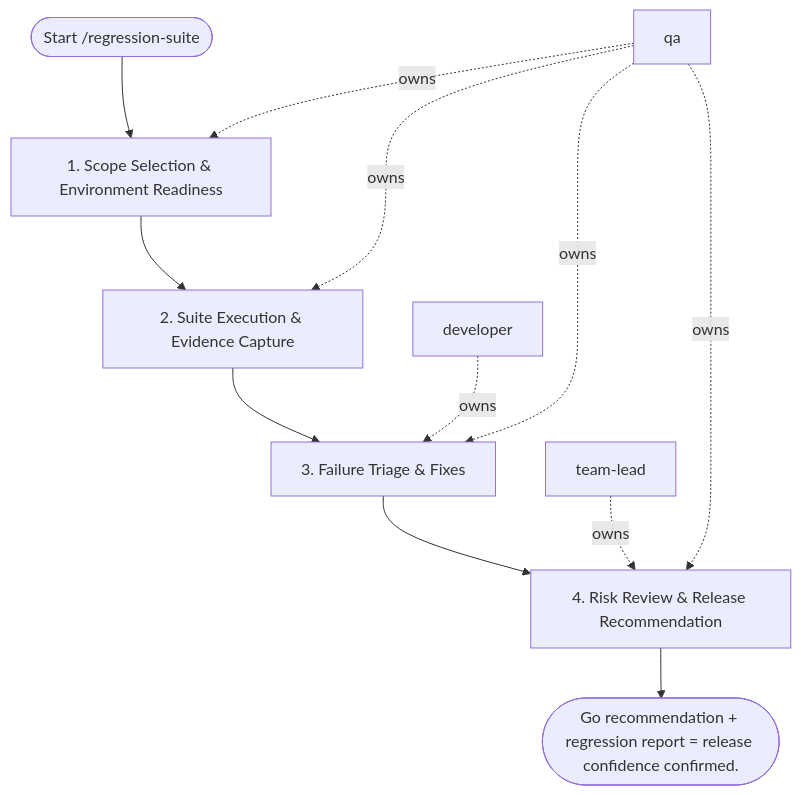
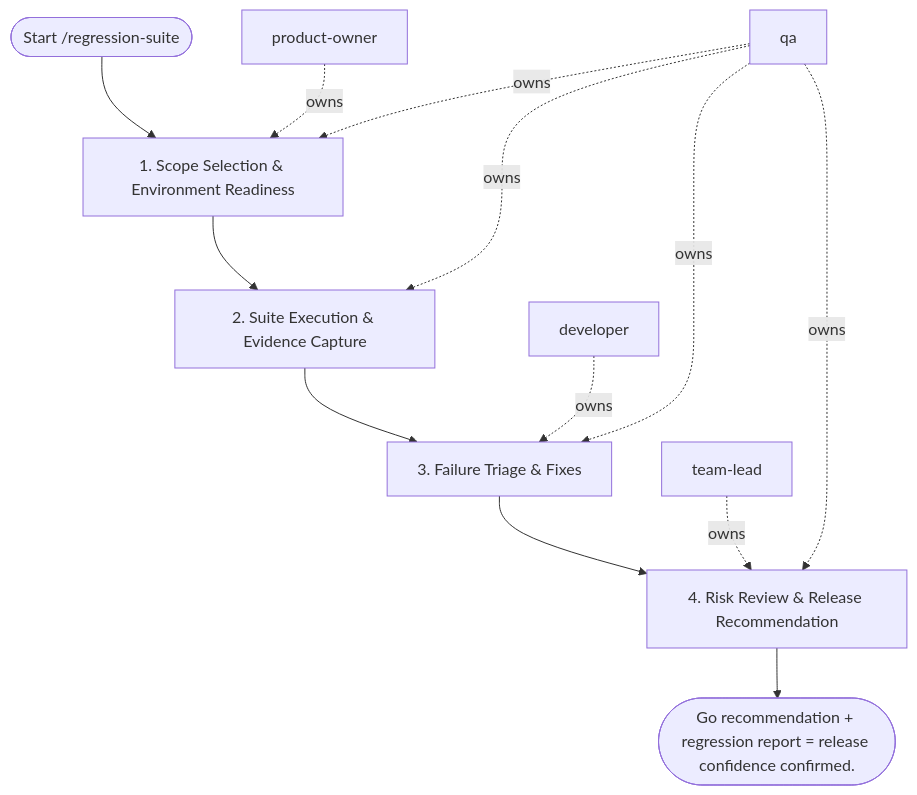
The diagram in areas/software/qa/workflows/regression-suite.md (sawrus/agent-guides), drawn with Mermaid before and after one commit. The commit also changed other lines of this file and 76 other files, not shown here.

Commit message:
Standardize workflow product owner initiation

````diff
--- a/areas/software/qa/workflows/regression-suite.md
+++ b/areas/software/qa/workflows/regression-suite.md
@@ -61,23 +61,25 @@
 ```mermaid
 flowchart TD
   start(["Start /regression-suite"])
-  role_1["qa"]
-  role_2["developer"]
-  role_3["team-lead"]
+  role_1["product-owner"]
+  role_2["qa"]
+  role_3["developer"]
+  role_4["team-lead"]
   step_1["1. Scope Selection & Environment Readiness"]
   step_2["2. Suite Execution & Evidence Capture"]
   step_3["3. Failure Triage & Fixes"]
   step_4["4. Risk Review & Release Recommendation"]
   exit(["Go recommendation + regression report = release confidence confirmed."])
   start --> step_1
   step_1 --> step_2
   step_2 --> step_3
   step_3 --> step_4
   step_4 --> exit
   role_1 -. owns .-> step_1
-  role_1 -. owns .-> step_2
+  role_2 -. owns .-> step_1
+  role_2 -. owns .-> step_2
+  role_3 -. owns .-> step_3
   role_2 -. owns .-> step_3
-  role_1 -. owns .-> step_3
-  role_3 -. owns .-> step_4
-  role_1 -. owns .-> step_4
+  role_4 -. owns .-> step_4
+  role_2 -. owns .-> step_4
 ```
````
